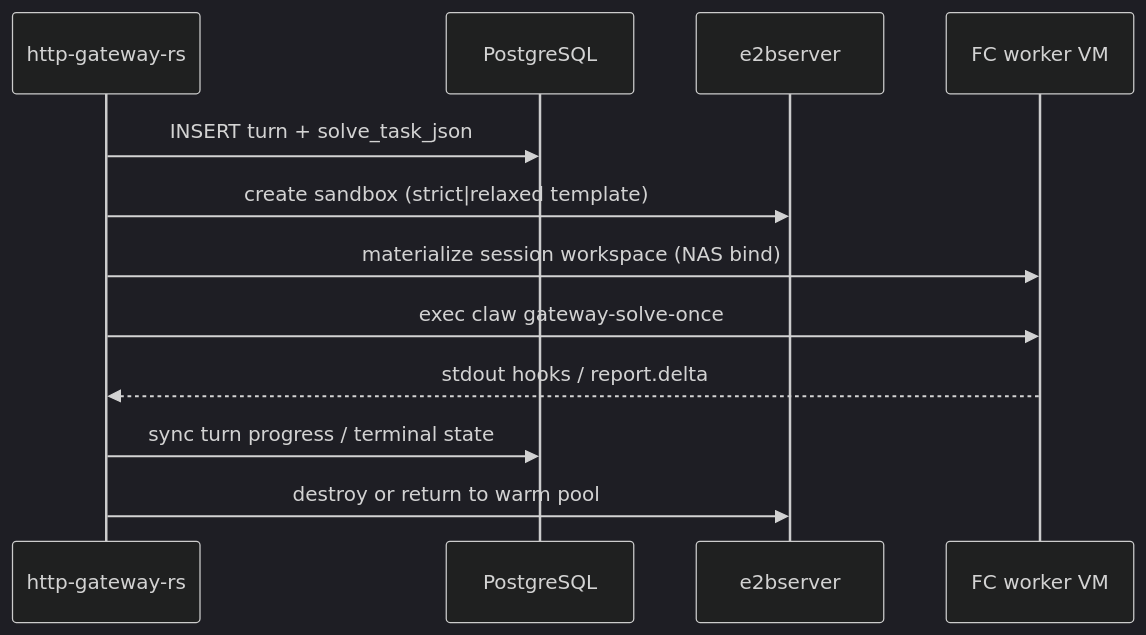
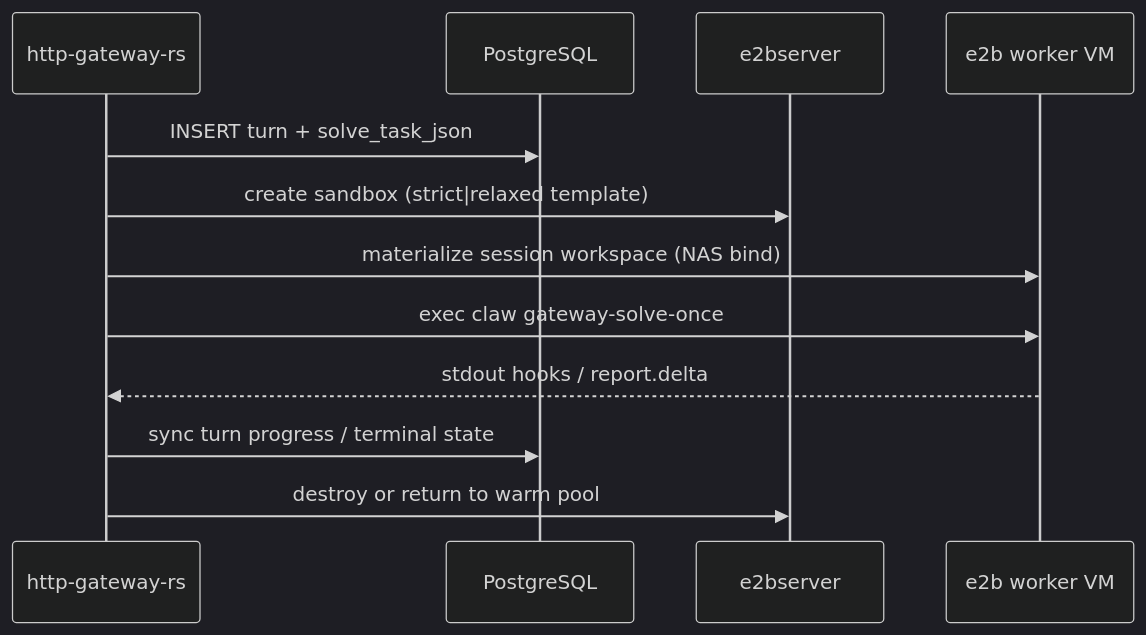
The diagram in docs/http-gateway-container-pool.md (passionke/claw-code), drawn with Mermaid (dark theme) before and after one commit. The commit also changed other lines of this file and 219 other files, not shown here.

````diff
--- a/docs/http-gateway-container-pool.md
+++ b/docs/http-gateway-container-pool.md
@@ -25,15 +25,15 @@
 ```mermaid
 sequenceDiagram
     participant GW as http-gateway-rs
     participant PG as PostgreSQL
     participant E2B as e2bserver
-    participant W as FC worker VM
+    participant W as e2b worker VM
 
     GW->>PG: INSERT turn + solve_task_json
     GW->>E2B: create sandbox (strict|relaxed template)
     GW->>W: materialize session workspace (NAS bind)
     GW->>W: exec claw gateway-solve-once
     W-->>GW: stdout hooks / report.delta
     GW->>PG: sync turn progress / terminal state
     GW->>E2B: destroy or return to warm pool
 ```
````
